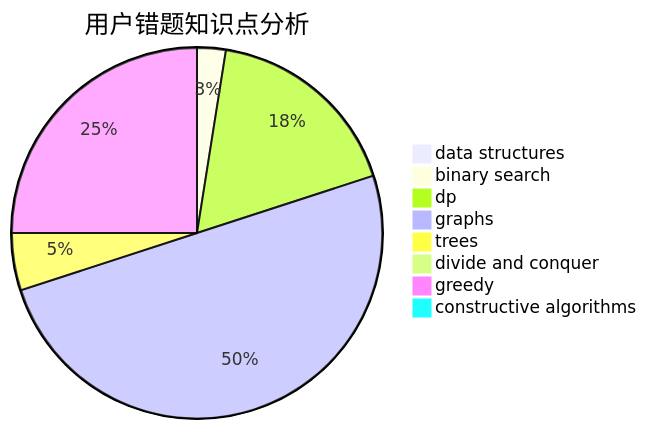
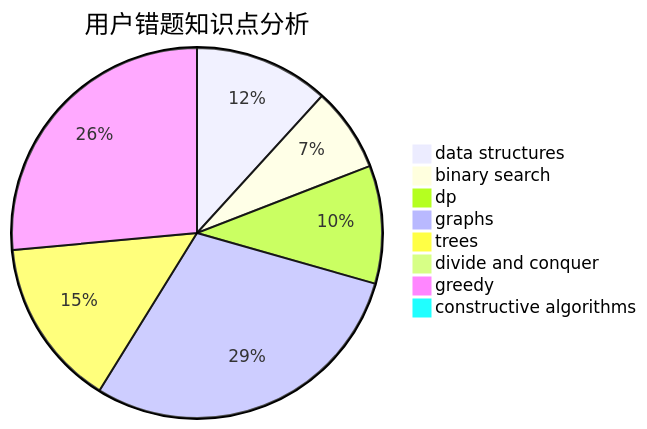
One commit to sherpahu/cfrs.github.io changed the third of 3 diagrams in docs/user/u2235.md. Above: the diagram before and after it, drawn with Mermaid. The commit also changed other lines of this file and 2770 other files, not shown here.

````diff
--- a/docs/user/u2235.md
+++ b/docs/user/u2235.md
@@ -36,11 +36,11 @@
 ```mermaid
 pie title 用户错题知识点分析
-    "data structures" :  0
-    "binary search" :  1
+    "data structures" :  8
+    "binary search" :  5
     "dp" :  7
     "graphs" :  20
-    "trees" :  2
+    "trees" :  10
     "divide and conquer" :  0
-    "greedy" :  10
+    "greedy" :  18
     "constructive algorithms" :  0
 ```
````
